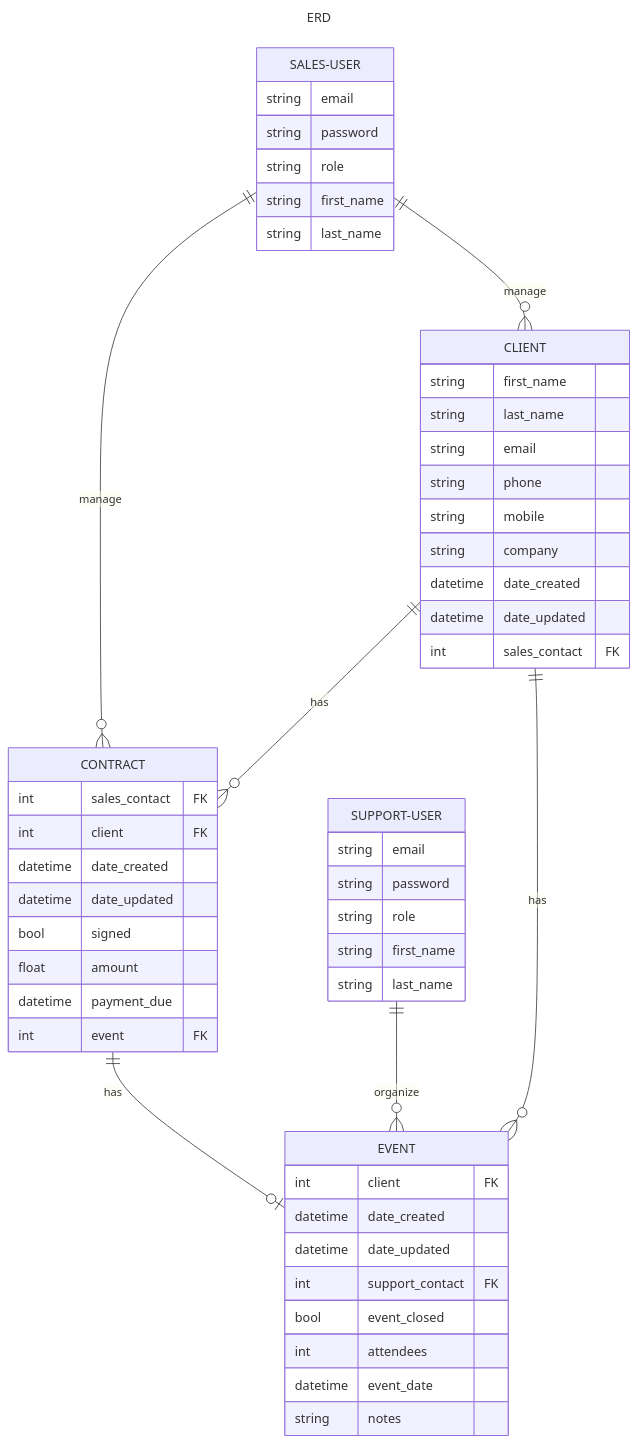
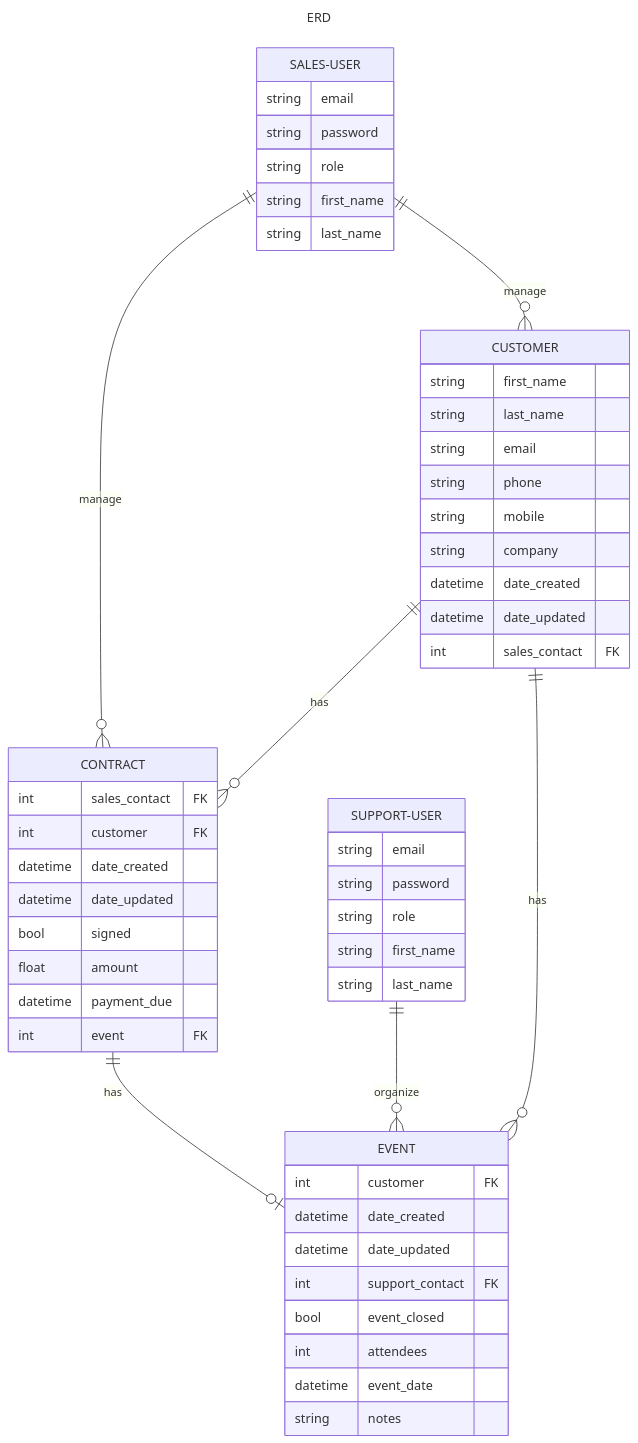
The diagram in README.md (Meez25/Epic-Events-CRM), drawn with Mermaid before and after one commit.

````diff
--- a/README.md
+++ b/README.md
@@ -43,58 +43,58 @@
 ```mermaid
 ---
 title: ERD
 ---
 erDiagram
     SALES-USER ||--o{ CONTRACT : manage
-    SALES-USER ||--o{ CLIENT : manage
-    CLIENT ||--o{ CONTRACT : has
-    CLIENT ||--o{ EVENT : has
+    SALES-USER ||--o{ CUSTOMER : manage
+    CUSTOMER ||--o{ CONTRACT : has
+    CUSTOMER ||--o{ EVENT : has
     CONTRACT ||--o| EVENT : has
     SUPPORT-USER ||--o{ EVENT : organize
 
     SALES-USER {
         string email
         string password
         string role
         string first_name
         string last_name
     }
-    CLIENT {
+    CUSTOMER {
         string first_name
         string last_name
         string email
         string phone
         string mobile
         string company
         datetime date_created
         datetime date_updated
         int sales_contact FK
     }
     CONTRACT {
         int sales_contact FK
-        int client FK
+        int customer FK
         datetime date_created
         datetime date_updated
         bool signed
         float amount
         datetime payment_due
         int event FK
     }
     EVENT {
-        int client FK
+        int customer FK
         datetime date_created
         datetime date_updated
         int support_contact FK
         bool event_closed
         int attendees
         datetime event_date
         string notes
     }
     SUPPORT-USER {
         string email
         string password
         string role
         string first_name
         string last_name
     }
 ```
````
